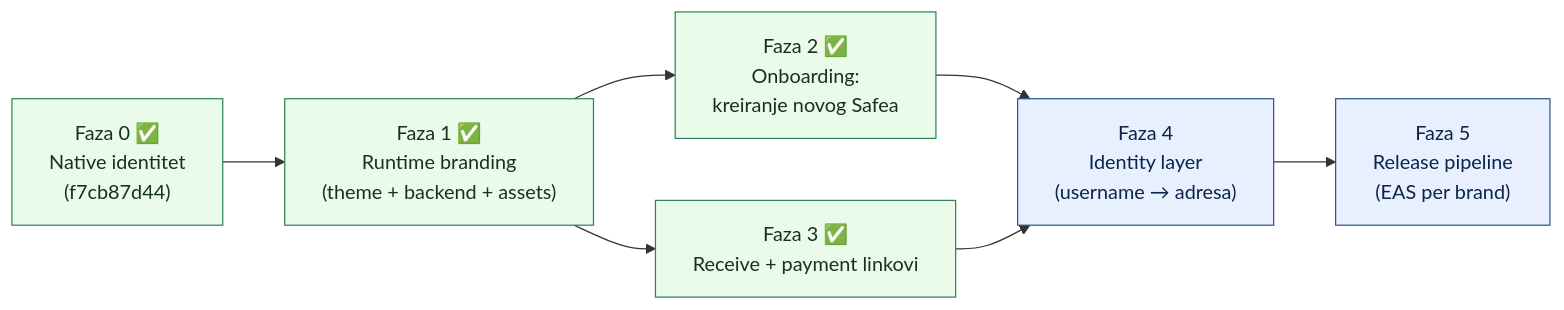
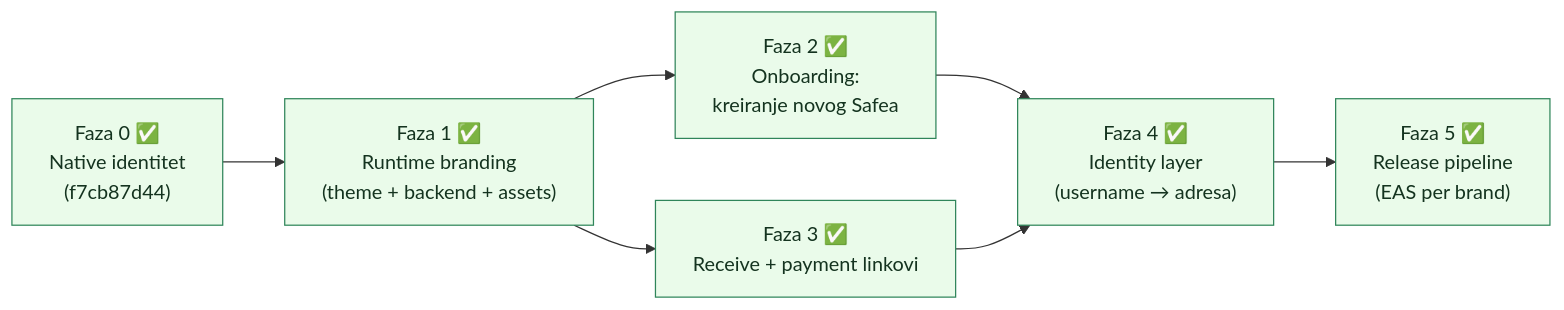
Before and after one commit to airkuna/safe-wallet-monorepo: the diagram in docs/whitelabel-wallet/handoffs/README.md, drawn with Mermaid. The commit also changed other lines of this file and 4 other files, not shown here.

First line of the commit message:
docs(whitelabel): release checklist (16) + faza 5 zapisnik i statusi

````diff
--- a/docs/whitelabel-wallet/handoffs/README.md
+++ b/docs/whitelabel-wallet/handoffs/README.md
@@ -17,14 +17,13 @@
 ```mermaid
 flowchart LR
   F0["Faza 0 ✅<br/>Native identitet<br/>(f7cb87d44)"] --> F1["Faza 1 ✅<br/>Runtime branding<br/>(theme + backend + assets)"]
   F1 --> F2["Faza 2 ✅<br/>Onboarding:<br/>kreiranje novog Safea"]
   F1 --> F3["Faza 3 ✅<br/>Receive + payment linkovi"]
-  F2 --> F4["Faza 4<br/>Identity layer<br/>(username → adresa)"]
+  F2 --> F4["Faza 4 ✅<br/>Identity layer<br/>(username → adresa)"]
   F3 --> F4
-  F4 --> F5["Faza 5<br/>Release pipeline<br/>(EAS per brand)"]
+  F4 --> F5["Faza 5 ✅<br/>Release pipeline<br/>(EAS per brand)"]
 
   classDef done fill:#eafbea,stroke:#2f855a,color:#14331f
   classDef todo fill:#e8f0ff,stroke:#2e5791,color:#0b2447
-  class F0,F1,F2,F3 done
-  class F4,F5 todo
+  class F0,F1,F2,F3,F4,F5 done
 ```
````
